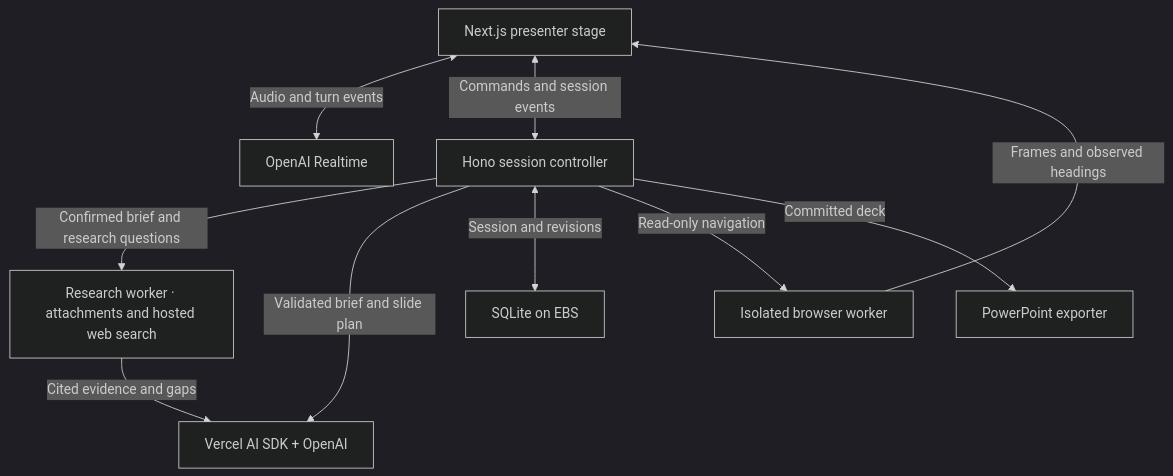
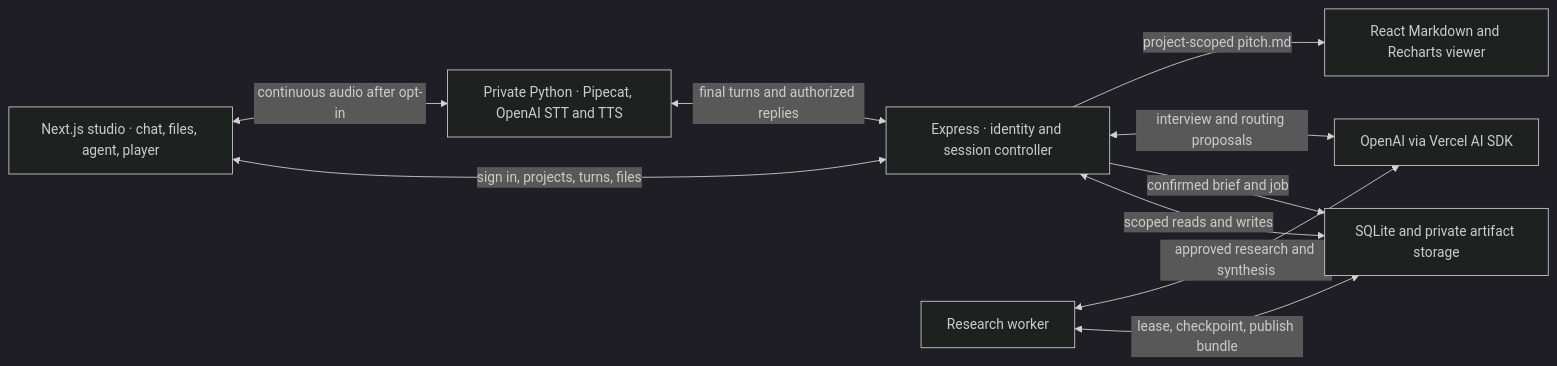
The first of 2 diagrams in docs/architecture.md (JyothiKumar03/copitch), drawn with Mermaid (dark theme) before and after one commit. The commit also changed other lines of this file and 1 other file, not shown here.

Commit message:
feat: specify private projects and continuous multilingual voice

````diff
--- a/docs/architecture.md
+++ b/docs/architecture.md
@@ -100,12 +11,12 @@
 ```mermaid
-flowchart TD
-  UI["Next.js presenter stage"] <-->|Audio and turn events| Voice["OpenAI Realtime"]
-  UI <-->|Commands and session events| API["Hono session controller"]
-  API -->|Confirmed brief and research questions| R["Research worker · attachments and hosted web search"]
-  R -->|Cited evidence and gaps| AI
-  API -->|Validated brief and slide plan| AI["Vercel AI SDK + OpenAI"]
-  API <-->|Session and revisions| DB["SQLite on EBS"]
-  API -->|Read-only navigation| Browser["Isolated browser worker"]
-  Browser -->|Frames and observed headings| UI
-  API -->|Committed deck| PPT["PowerPoint exporter"]
+flowchart LR
+  Host["Next.js studio · chat, files, agent, player"] <-->|sign in, projects, turns, files| API["Express · identity and session controller"]
+  Host <-->|continuous audio after opt-in| Voice["Private Python · Pipecat, OpenAI STT and TTS"]
+  Voice <-->|final turns and authorized replies| API
+  API <-->|scoped reads and writes| Store["SQLite and private artifact storage"]
+  API -->|confirmed brief and job| Store
+  Worker["Research worker"] <-->|lease, checkpoint, publish bundle| Store
+  API <-->|interview and routing proposals| Model["OpenAI via Vercel AI SDK"]
+  Worker <-->|approved research and synthesis| Model
+  API -->|project-scoped pitch.md| View["React Markdown and Recharts viewer"]
 ```
````
